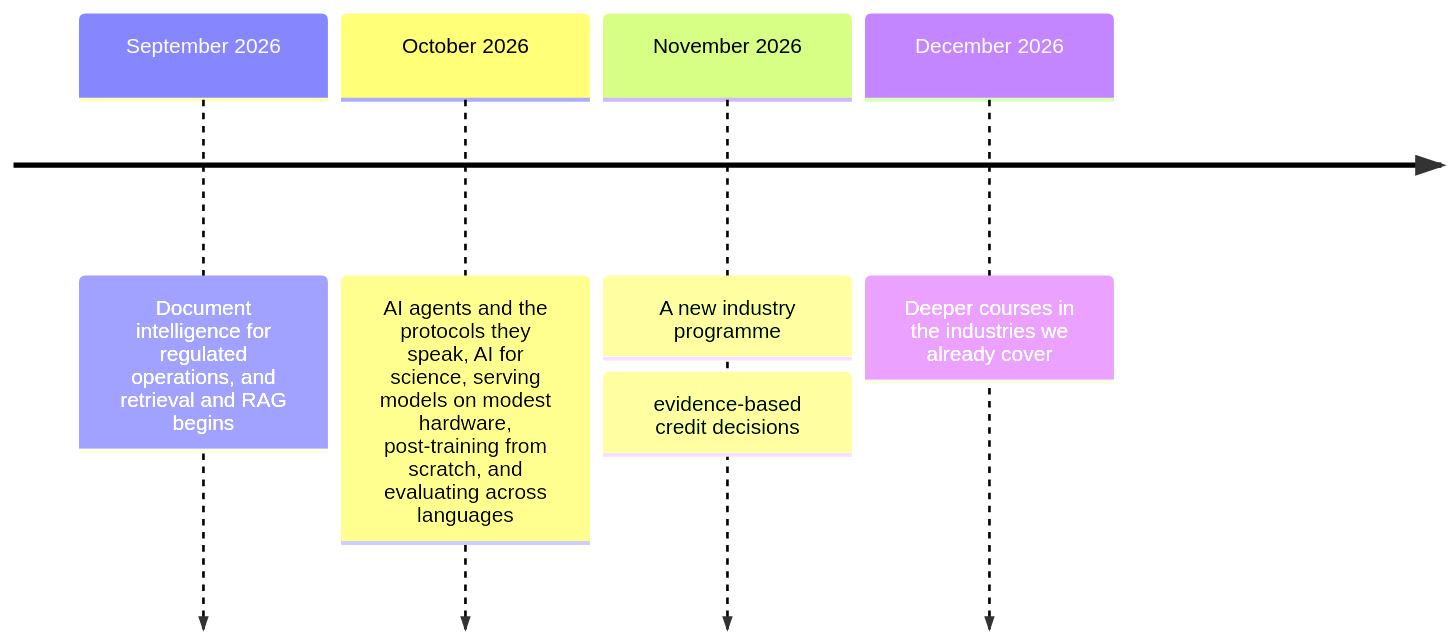
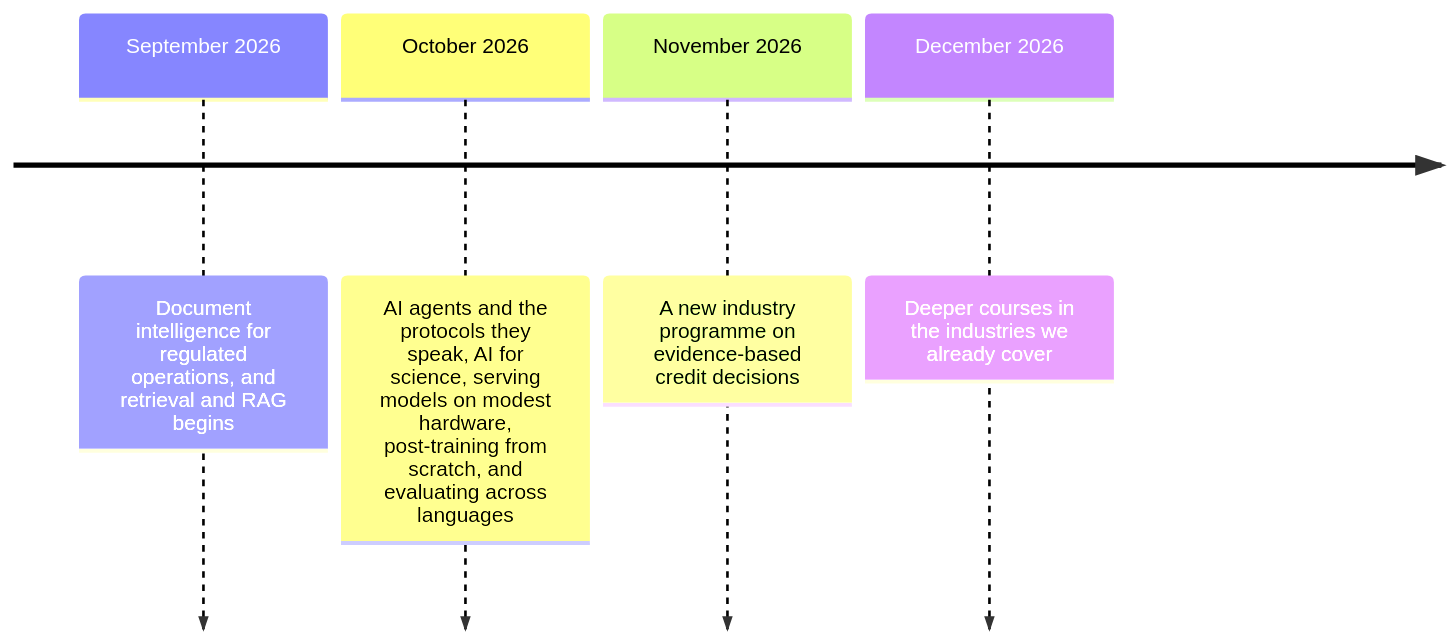
The diagram in README.md (TarrySingh/Artificial-Intelligence-Deep-Learning-Machine-Learning-Tutorials), drawn with Mermaid before and after one commit.

Commit message:
Roadmap: November's theme reads as one line on the timeline

````diff
--- a/README.md
+++ b/README.md
@@ -66,7 +66,7 @@
 ```mermaid
 timeline
     September 2026 : Document intelligence for regulated operations, and retrieval and RAG begins
     October 2026 : AI agents and the protocols they speak, AI for science, serving models on modest hardware, post-training from scratch, and evaluating across languages
-    November 2026 : A new industry programme: evidence-based credit decisions
+    November 2026 : A new industry programme on evidence-based credit decisions
     December 2026 : Deeper courses in the industries we already cover
 ```
````
